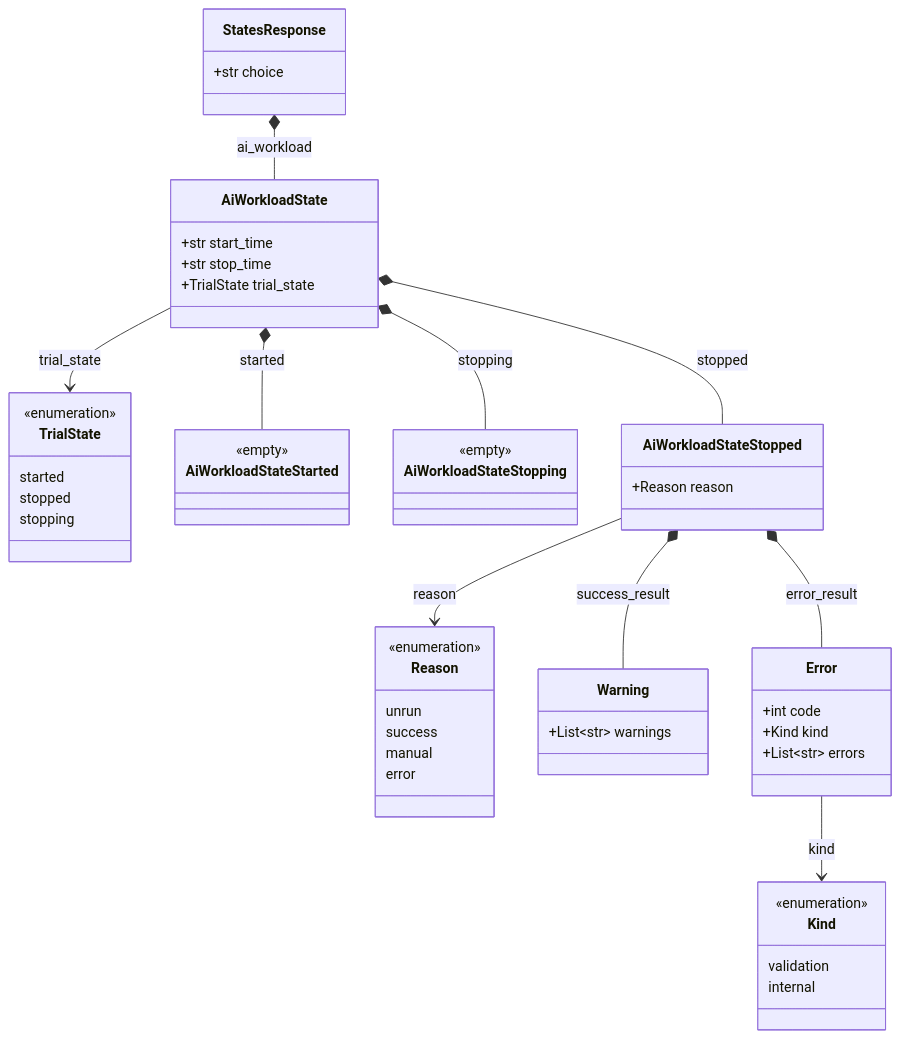
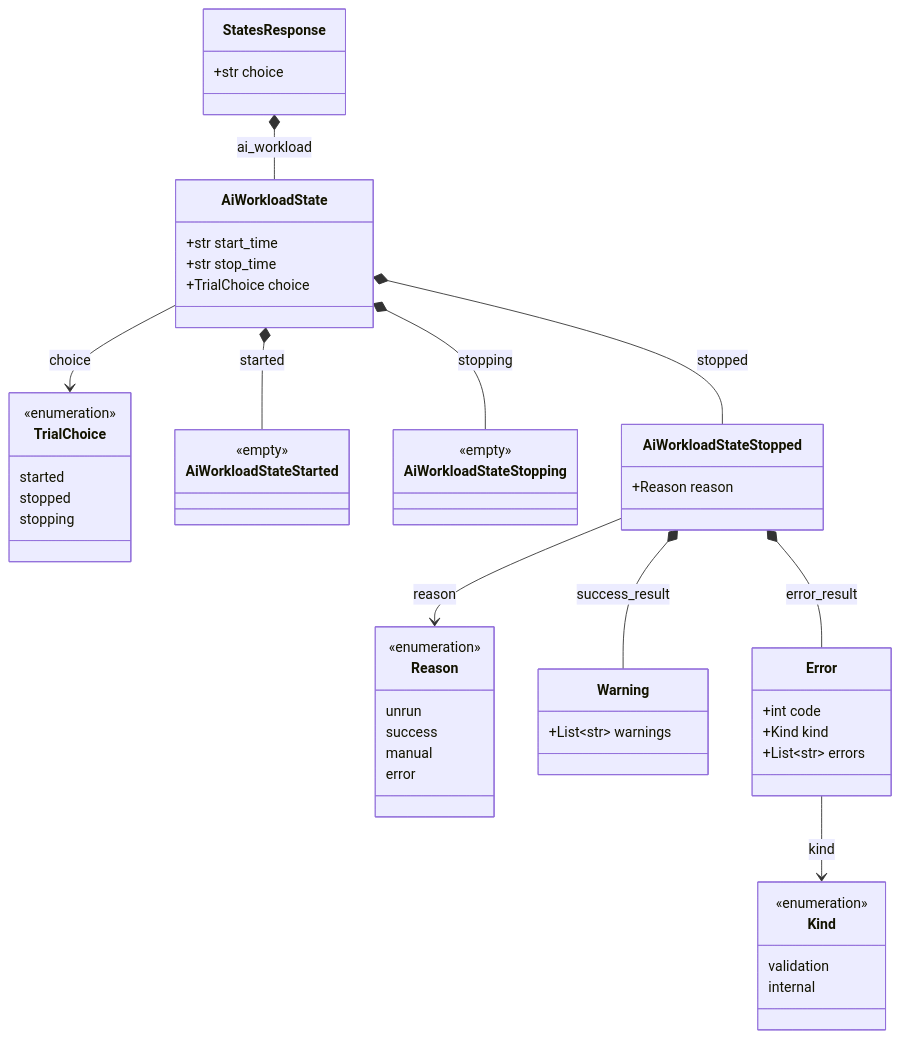
Before and after one commit to open-traffic-generator/aidcb-models: the diagram in samples/ai_workload_get_states.md, drawn with Mermaid. The commit also changed other lines of this file and 1 other file, not shown here.

Commit message:
rename one-of enums to 'choice'

````diff
--- a/samples/ai_workload_get_states.md
+++ b/samples/ai_workload_get_states.md
@@ -11,56 +17,56 @@
 ```mermaid
 classDiagram
     class StatesResponse {
         +str choice
     }
     class AiWorkloadState {
         +str start_time
         +str stop_time
-        +TrialState trial_state
+        +TrialChoice choice
     }
-    class TrialState {
+    class TrialChoice {
         <<enumeration>>
         started
         stopped
         stopping
     }
     class AiWorkloadStateStarted {
         <<empty>>
     }
     class AiWorkloadStateStopping {
         <<empty>>
     }
     class AiWorkloadStateStopped {
         +Reason reason
     }
     class Reason {
         <<enumeration>>
         unrun
         success
         manual
         error
     }
     class Warning {
         +List~str~ warnings
     }
     class Error {
         +int code
         +Kind kind
         +List~str~ errors
     }
     class Kind {
         <<enumeration>>
         validation
         internal
     }
 
     StatesResponse *-- AiWorkloadState : ai_workload
-    AiWorkloadState --> TrialState : trial_state
+    AiWorkloadState --> TrialChoice : choice
     AiWorkloadState *-- AiWorkloadStateStarted : started
     AiWorkloadState *-- AiWorkloadStateStopping : stopping
     AiWorkloadState *-- AiWorkloadStateStopped : stopped
     AiWorkloadStateStopped --> Reason : reason
     AiWorkloadStateStopped *-- Warning : success_result
     AiWorkloadStateStopped *-- Error : error_result
     Error --> Kind : kind
 ```
````
